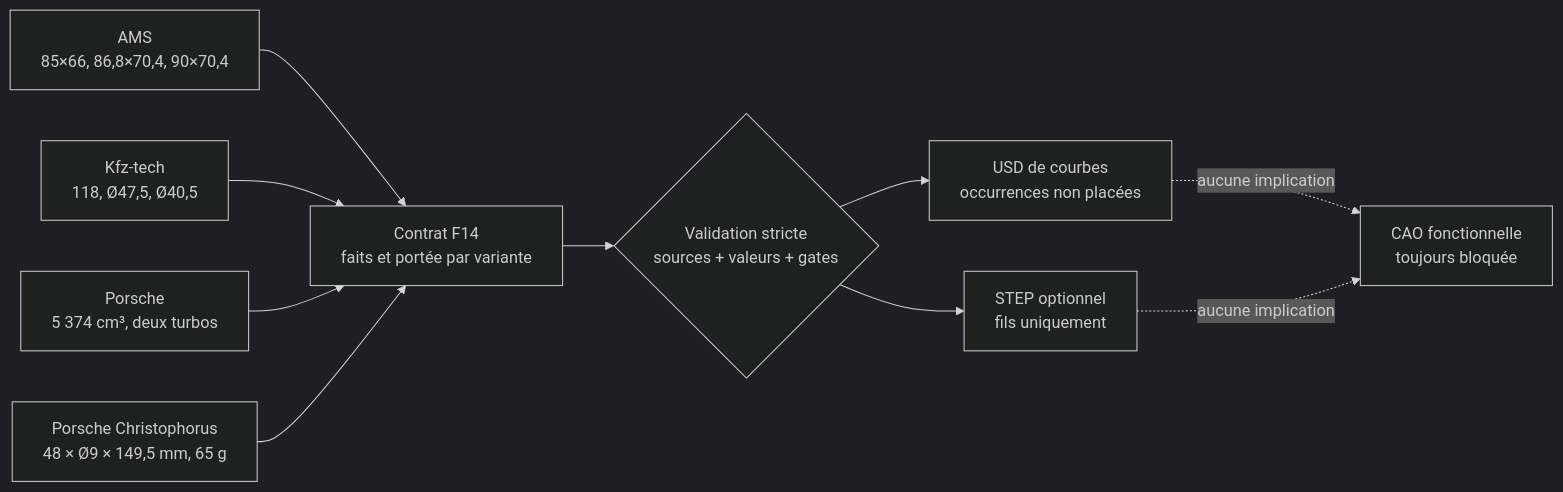
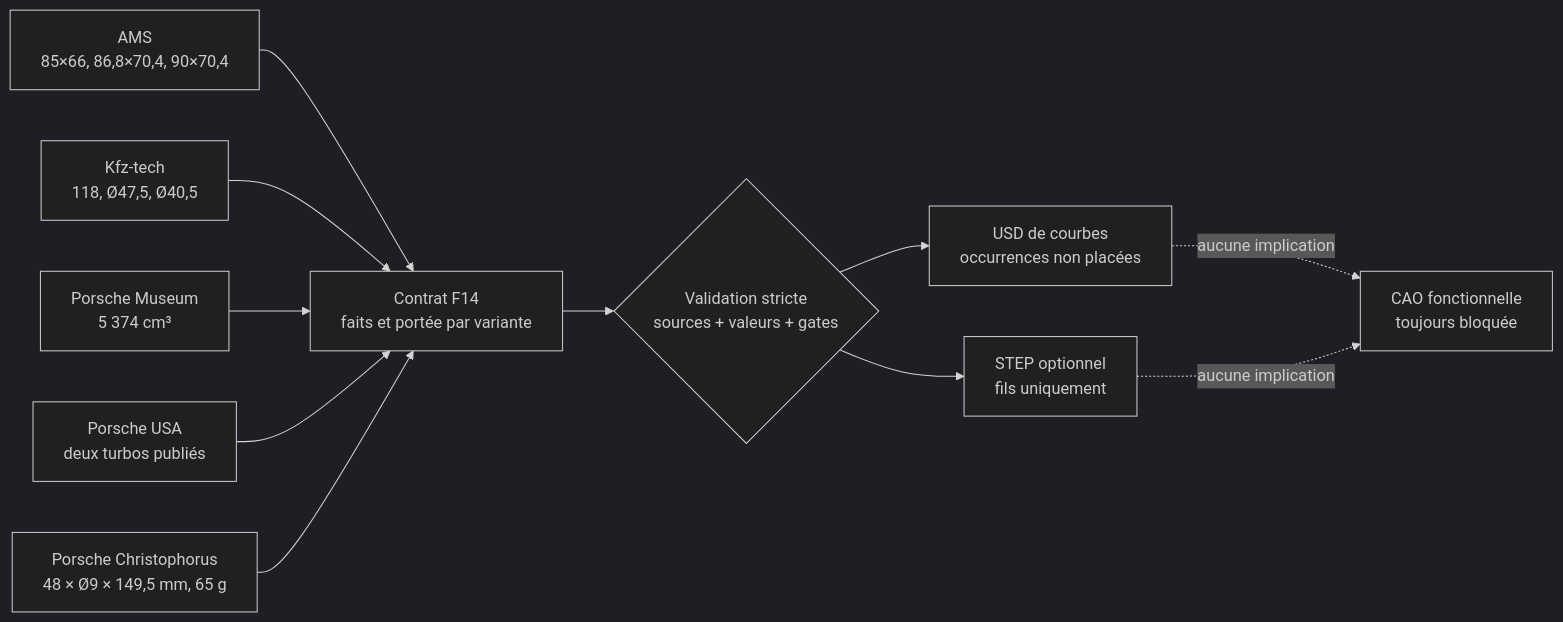
Before and after one commit to cluster2600/porscheparts: the diagram in docs/917_DIMENSIONAL_SKELETON_F14.md, drawn with Mermaid (dark theme). The commit also changed other lines of this file and 34 other files, not shown here.

````diff
--- a/docs/917_DIMENSIONAL_SKELETON_F14.md
+++ b/docs/917_DIMENSIONAL_SKELETON_F14.md
@@ -26,22 +26,24 @@
 ```mermaid
 flowchart LR
     AMS["AMS<br/>85×66, 86,8×70,4, 90×70,4"]
     KFZ["Kfz-tech<br/>118, Ø47,5, Ø40,5"]
-    POR["Porsche<br/>5 374 cm³, deux turbos"]
+    POR["Porsche Museum<br/>5 374 cm³"]
+    PORUSA["Porsche USA<br/>deux turbos publiés"]
     STUD["Porsche Christophorus<br/>48 × Ø9 × 149,5 mm, 65 g"]
     CONTRACT["Contrat F14<br/>faits et portée par variante"]
     CHECK{"Validation stricte<br/>sources + valeurs + gates"}
     USD["USD de courbes<br/>occurrences non placées"]
     STEP["STEP optionnel<br/>fils uniquement"]
     BLOCK["CAO fonctionnelle<br/>toujours bloquée"]
 
     AMS --> CONTRACT
     KFZ --> CONTRACT
     POR --> CONTRACT
+    PORUSA --> CONTRACT
     STUD --> CONTRACT
     CONTRACT --> CHECK
     CHECK --> USD
     CHECK --> STEP
     USD -. "aucune implication" .-> BLOCK
     STEP -. "aucune implication" .-> BLOCK
 ```
````
